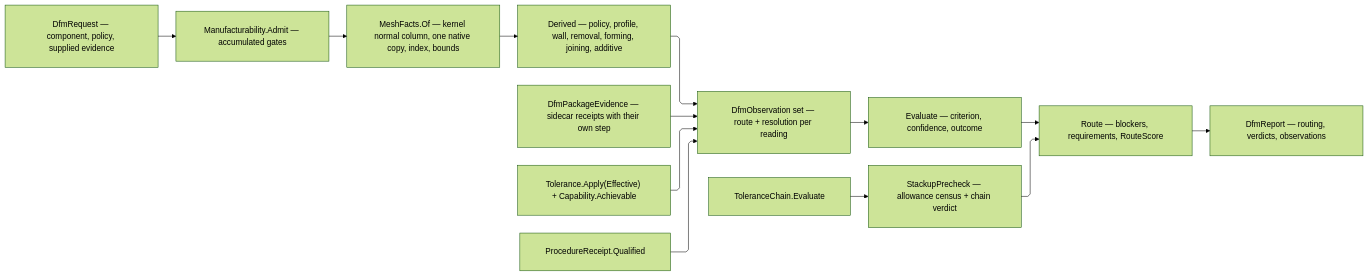
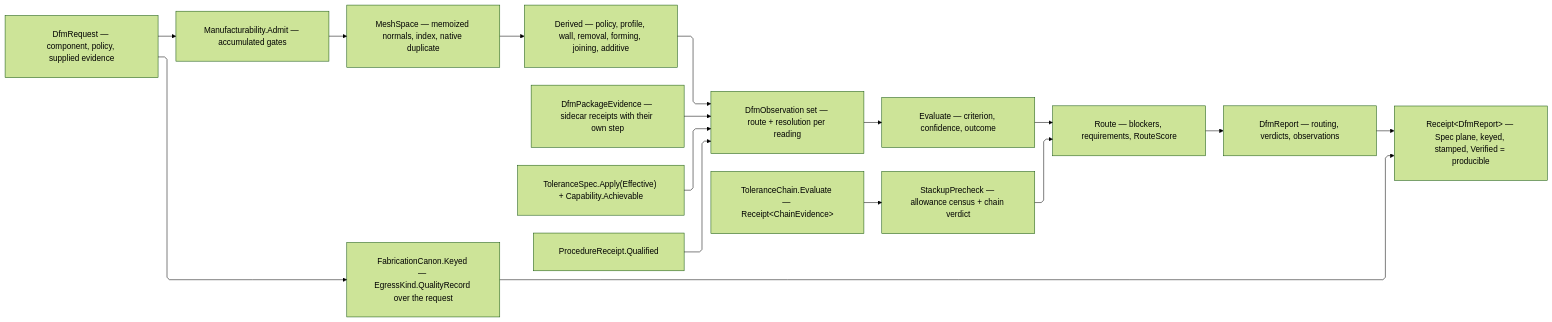
The diagram in libs/csharp/Rasm.Fabrication/.planning/Spec/manufacturability.md (bsamiee/Rasm), drawn with Mermaid (forest theme) before and after one commit. The commit also changed other lines of this file and 818 other files, not shown here.

````diff
--- a/libs/csharp/Rasm.Fabrication/.planning/Spec/manufacturability.md
+++ b/libs/csharp/Rasm.Fabrication/.planning/Spec/manufacturability.md
@@ -1460,24 +1565,27 @@
 ```mermaid
 ---
 config:
   layout: elk
   flowchart:
     curve: linear
     padding: 25
 ---
 flowchart LR
     accTitle: Manufacturability assessment fold
-    accDescr: One admitted request builds a single mesh scratch, derives geometric, package, tolerance, and procedure observations each carrying its own resolution, evaluates parameterized rules into verdicts, ranks routes on weighted dimensionless burdens, and composes the tolerance chain receipt into one stackup precheck.
+    accDescr: One admitted request reads the kernel mesh subject, derives geometric, package, tolerance, and procedure observations each carrying its own resolution, evaluates parameterized rules into verdicts, ranks routes on weighted dimensionless burdens, composes the settled tolerance chain receipt into one stackup precheck, and settles as one quality-record receipt keyed over the request it read.
     Request["DfmRequest — component, policy, supplied evidence"] --> Admit["Manufacturability.Admit — accumulated gates"]
-    Admit --> Facts["MeshFacts.Of — kernel normal column, one native copy, index, bounds"]
-    Facts --> Derived["Derived — policy, profile, wall, removal, forming, joining, additive"]
+    Admit --> Subject["MeshSpace — memoized normals, index, native duplicate"]
+    Subject --> Derived["Derived — policy, profile, wall, removal, forming, joining, additive"]
     Package["DfmPackageEvidence — sidecar receipts with their own step"] --> Evidence
     Derived --> Evidence["DfmObservation set — route + resolution per reading"]
-    Tolerance["Tolerance.Apply(Effective) + Capability.Achievable"] --> Evidence
+    Tolerance["ToleranceSpec.Apply(Effective) + Capability.Achievable"] --> Evidence
     Procedure["ProcedureReceipt.Qualified"] --> Evidence
     Evidence --> Verdicts["Evaluate — criterion, confidence, outcome"]
     Verdicts --> Rows["Route — blockers, requirements, RouteScore"]
-    Chain["ToleranceChain.Evaluate"] --> Stackup["StackupPrecheck — allowance census + chain verdict"]
+    Chain["ToleranceChain.Evaluate — Receipt&lt;ChainEvidence&gt;"] --> Stackup["StackupPrecheck — allowance census + chain verdict"]
     Stackup --> Rows
     Rows --> Report["DfmReport — routing, verdicts, observations"]
+    Request --> Key["FabricationCanon.Keyed — EgressKind.QualityRecord over the request"]
+    Report --> Settled["Receipt&lt;DfmReport&gt; — Spec plane, keyed, stamped, Verified = producible"]
+    Key --> Settled
 ```
````
